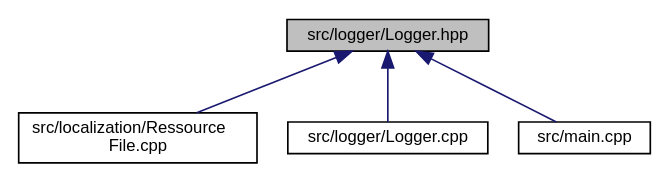
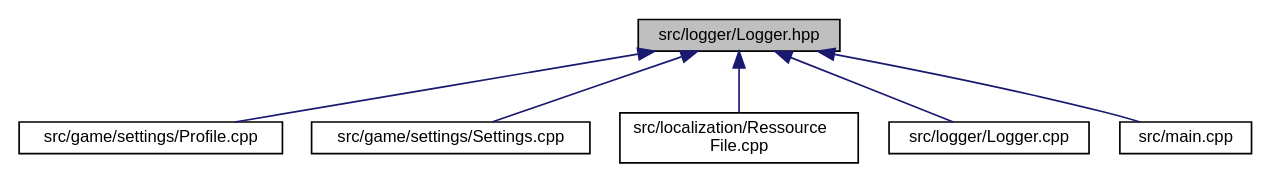
The diagram in _logger_8hpp__dep__incl.dot (MisterPeModder/Bomberman-Global-Offensive), drawn with Graphviz before and after one commit. The commit also changed 389 other files, not shown here.

```diff
--- a/_logger_8hpp__dep__incl.dot
+++ b/_logger_8hpp__dep__incl.dot
@@ -1,13 +1,17 @@
 digraph "src/logger/Logger.hpp"
 {
  // LATEX_PDF_SIZE
   edge [fontname="Helvetica",fontsize="10",labelfontname="Helvetica",labelfontsize="10"];
   node [fontname="Helvetica",fontsize="10",shape=record];
   Node1 [label="src/logger/Logger.hpp",height=0.2,width=0.4,color="black", fillcolor="grey75", style="filled", fontcolor="black",tooltip=" "];
   Node1 -> Node2 [dir="back",color="midnightblue",fontsize="10",style="solid",fontname="Helvetica"];
-  Node2 [label="src/localization/Ressource\lFile.cpp",height=0.2,width=0.4,color="black", fillcolor="white", style="filled",URL="$_ressource_file_8cpp.html",tooltip=" "];
+  Node2 [label="src/game/settings/Profile.cpp",height=0.2,width=0.4,color="black", fillcolor="white", style="filled",URL="$_profile_8cpp.html",tooltip=" "];
   Node1 -> Node3 [dir="back",color="midnightblue",fontsize="10",style="solid",fontname="Helvetica"];
-  Node3 [label="src/logger/Logger.cpp",height=0.2,width=0.4,color="black", fillcolor="white", style="filled",URL="$_logger_8cpp.html",tooltip=" "];
+  Node3 [label="src/game/settings/Settings.cpp",height=0.2,width=0.4,color="black", fillcolor="white", style="filled",URL="$_settings_8cpp.html",tooltip=" "];
   Node1 -> Node4 [dir="back",color="midnightblue",fontsize="10",style="solid",fontname="Helvetica"];
-  Node4 [label="src/main.cpp",height=0.2,width=0.4,color="black", fillcolor="white", style="filled",URL="$main_8cpp.html",tooltip=" "];
+  Node4 [label="src/localization/Ressource\lFile.cpp",height=0.2,width=0.4,color="black", fillcolor="white", style="filled",URL="$_ressource_file_8cpp.html",tooltip=" "];
+  Node1 -> Node5 [dir="back",color="midnightblue",fontsize="10",style="solid",fontname="Helvetica"];
+  Node5 [label="src/logger/Logger.cpp",height=0.2,width=0.4,color="black", fillcolor="white", style="filled",URL="$_logger_8cpp.html",tooltip=" "];
+  Node1 -> Node6 [dir="back",color="midnightblue",fontsize="10",style="solid",fontname="Helvetica"];
+  Node6 [label="src/main.cpp",height=0.2,width=0.4,color="black", fillcolor="white", style="filled",URL="$main_8cpp.html",tooltip=" "];
 }
```
